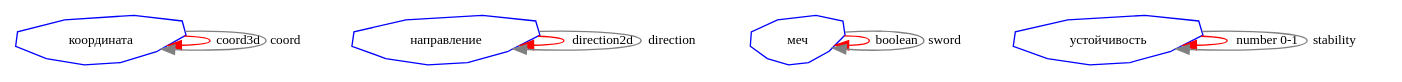
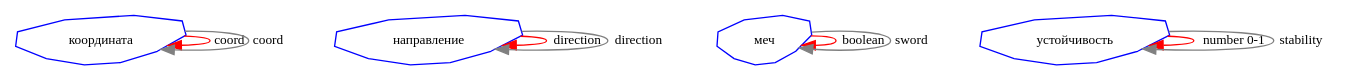
One commit to savdalion/battleground changed the diagram in battleground/include/world/kind/warrior/characteristic.gv. Above: the diagram before and after it, drawn with Graphviz. The commit also changed 20 other files, not shown here.

```diff
--- a/battleground/include/world/kind/warrior/characteristic.gv
+++ b/battleground/include/world/kind/warrior/characteristic.gv
@@ -1,88 +1,88 @@
 // @see Прим. к strategy.gv.
 
 
 // Характеристика воина.
 // То, с чем могут взаимодействовать стратегии (предметная область).
 
 // # Название характеристики начинается со строчной буквы.
 // # Каждая характеристика типа 'number' связана с модификатором.
 // # Название модификатора начинается с префикса '_' и продолжается именем
 //   характеристики.
 // # Текущее значение характеристики всегда учитывает модификатор.
 // # Модификатор состоит из 2 частей
 //     I   складывается с текущим значением характеристики
 //     II  умножается на текущее значение характеристики
 // # Обращение по названию характеристики вернёт текущее значение хар-ки с
 //   учётом связанных с ней модификаторов.
 // # Для доступа к базовому (без модификаторов) значению хар-ки, следует
 //   брать (название) в круглые скобки.
 
 // # Помимо указанных ниже характеристик, любой элемент портулана (например,
 //   воин) развивает рефлексы для некоторых своих действий и стратегий в рамках
 //   конкретной стратегии. Рефлексы стратегий хотя и зависят от заданной в них
 //   структуры действий, но вычислить динамику развития стратегий (общее) по
 //   действиям (частному) проблематично, т.к. стратегии - это зыбкие структуры
 //   (Цепь Маркова).
 
 // # Каждый элемент портулана при выполнении стратегий имеет доступ к своим
 //   характеристикам и нескольким спец. характеристикам:
 //     group        Группа, которой принадлежит элемент. Например, "воин".
 //     uid          Уникальный идент. элемента в рамках группы элементов.
 //     currentTime  Текущее время в портулане, с.
 //     startTime    В какое время началось выполнение стратегии, с.
 //     duration     Как долго длится выполнение этой стратегии, с. Значение всегда
 //                  равно (currentTime - startTime).
 digraph Characteristic {
 
 
 color = "lightgrey";
 concentrate = true;
 clusterrank = "global";
 edge [ fontsize = 10 ];
 
 
 // Типизация.
 subgraph clusterType {
 
     node [ shape = "polygon", sides = 10, distortion = "0.6", orientation = 10, skew = "0.3", color = "blue", fontsize = 10 ];
     edge [ color = "red" ];
 
 
-    "координата" -> "координата" [ label = "coord3d" ];
+    "координата" -> "координата" [ label = "coord" ];
 
     // направление будем учитывать только в двух плоскостях: север-юг,
     // восток-запад; также, направление взгляда и перемещения воина у нас
     // совпадают
-    "направление" -> "направление" [ label = "direction2d" ];
+    "направление" -> "направление" [ label = "direction" ];
 
     // меч может быть в руках или не быть
     "меч" -> "меч" [ label = "boolean" ];
 
     // как надёжно воин держится на ногах
     "устойчивость" -> "устойчивость" [ label = "number 0-1" ];
 
 } // subgraph clusterType
 
 
 
 
 
 
 
 
 // Внутренние названия характеристик элемента.
 subgraph clusterInnerName {
 
     edge [ color = "gray" ];
 
 
     // перечисляем все характеристики этого элемента
     "координата"   -> "координата"   [ label = "coord" ];
     "направление"  -> "направление"  [ label = "direction" ];
     "меч"          -> "меч"          [ label = "sword" ];
     "устойчивость" -> "устойчивость" [ label = "stability" ];
 
 } // subgraph clusterInnerName
 
 
 } // digraph Characteristic
```
